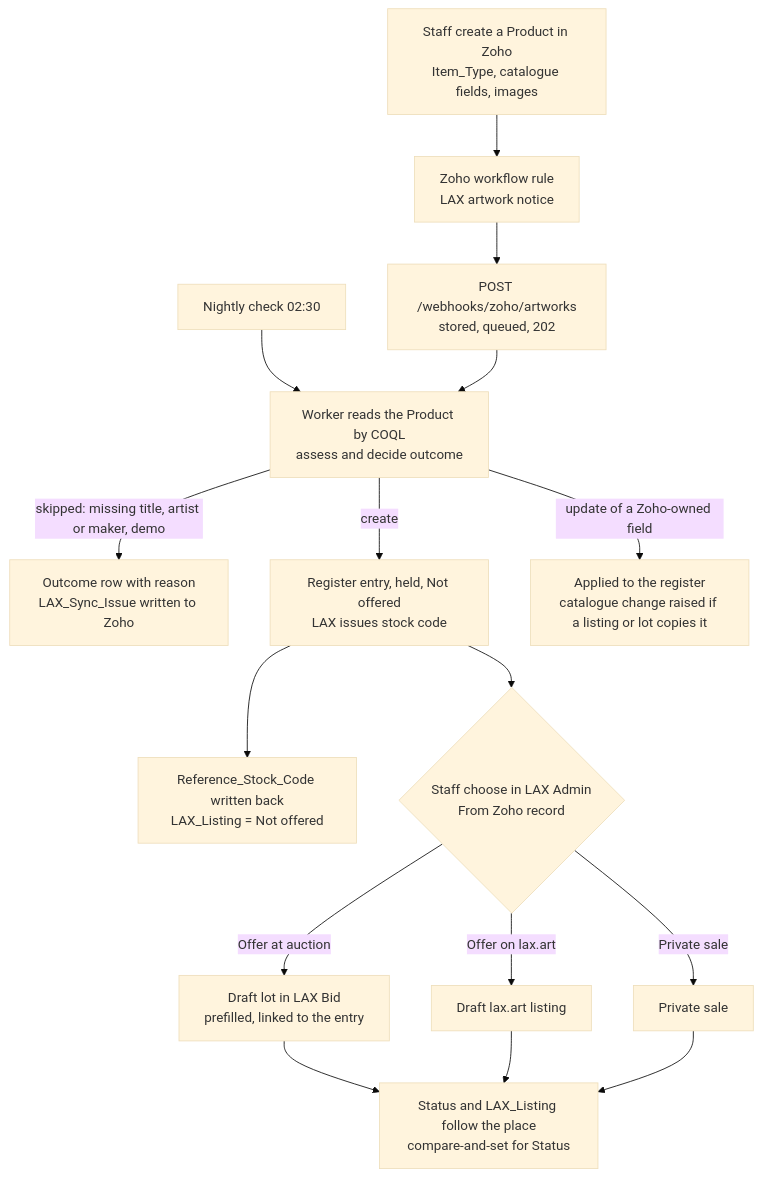
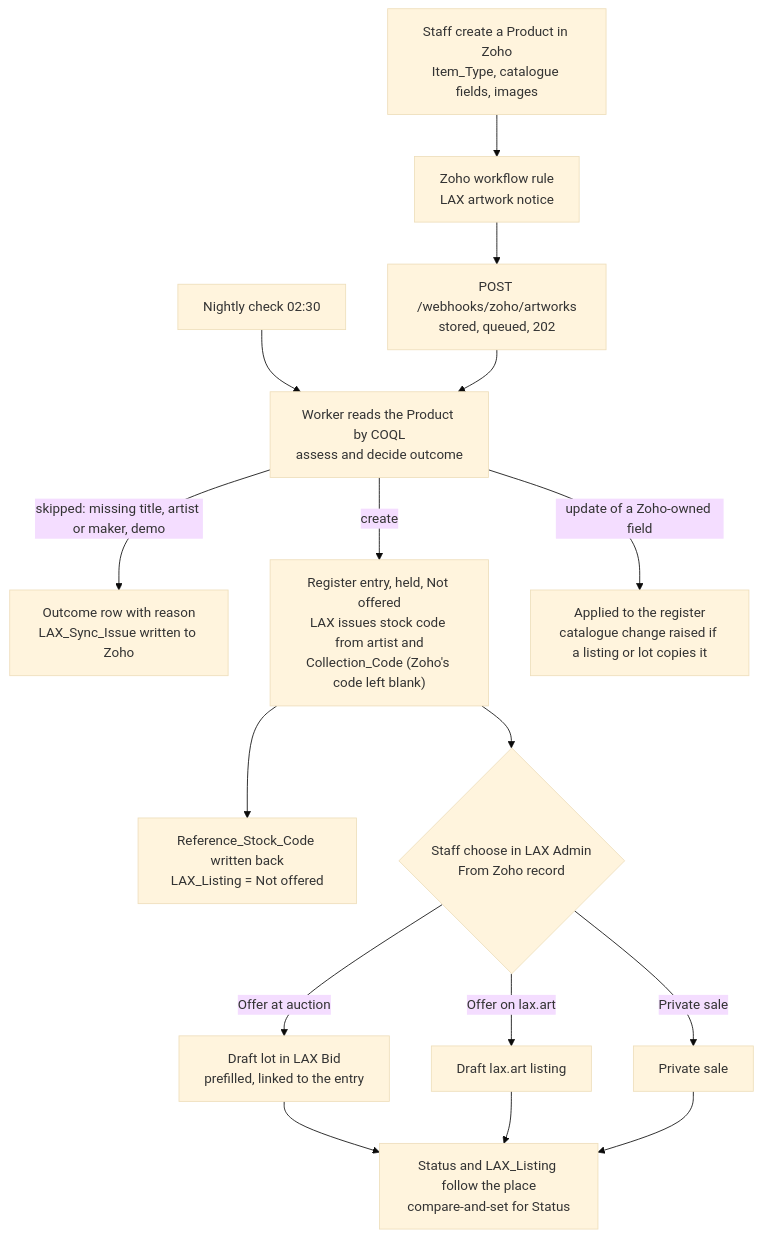
Before and after one commit to LAX-UK/monorepo: the first of 4 diagrams in docs/design/zoho-catalogue-master.md, drawn with Mermaid (base theme). The commit also changed other lines of this file, not shown here.

First line of the commit message:
Docs: owners' ID conventions coverage in the Zoho catalogue master design

````diff
--- a/docs/design/zoho-catalogue-master.md
+++ b/docs/design/zoho-catalogue-master.md
@@ -176,18 +181,18 @@
 ```mermaid
 flowchart TD
     A["Staff create a Product in Zoho<br/>Item_Type, catalogue fields, images"] --> B["Zoho workflow rule<br/>LAX artwork notice"]
     B --> C["POST /webhooks/zoho/artworks<br/>stored, queued, 202"]
     N["Nightly check 02:30"] --> D
     C --> D["Worker reads the Product by COQL<br/>assess and decide outcome"]
     D -->|"skipped: missing title, artist or maker, demo"| S["Outcome row with reason<br/>LAX_Sync_Issue written to Zoho"]
-    D -->|create| E["Register entry, held, Not offered<br/>LAX issues stock code"]
+    D -->|create| E["Register entry, held, Not offered<br/>LAX issues stock code from artist and<br/>Collection_Code (Zoho's code left blank)"]
     E --> F["Reference_Stock_Code written back<br/>LAX_Listing = Not offered"]
     E --> G{"Staff choose in LAX Admin<br/>From Zoho record"}
     G -->|"Offer at auction"| H["Draft lot in LAX Bid<br/>prefilled, linked to the entry"]
     G -->|"Offer on lax.art"| I["Draft lax.art listing"]
     G -->|"Private sale"| J["Private sale"]
     H --> K["Status and LAX_Listing follow the place<br/>compare-and-set for Status"]
     I --> K
     J --> K
     D -->|"update of a Zoho-owned field"| U["Applied to the register<br/>catalogue change raised if a listing or lot copies it"]
 ```
````
